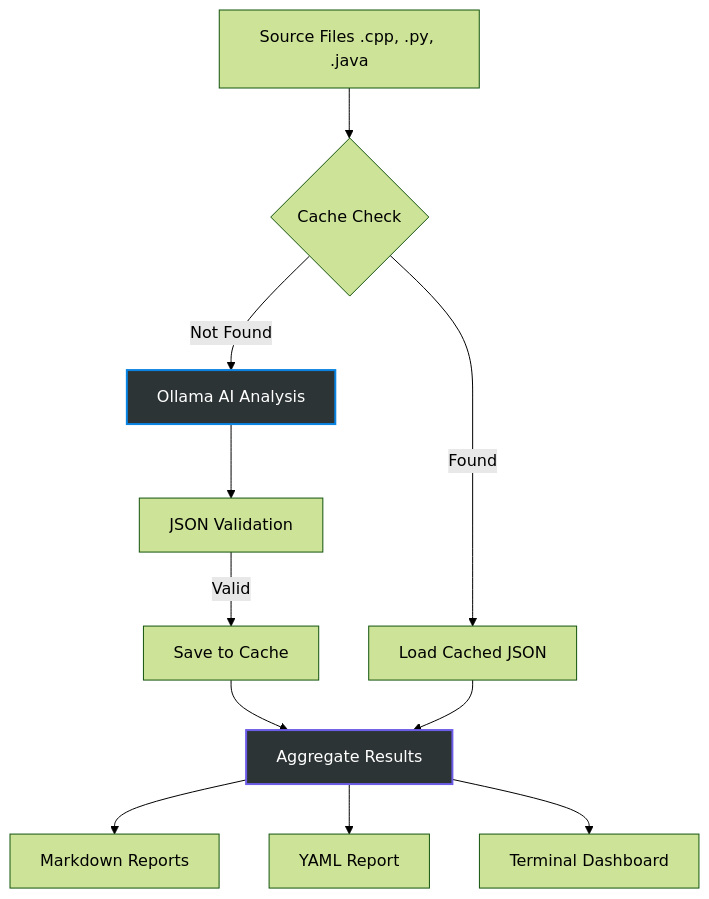
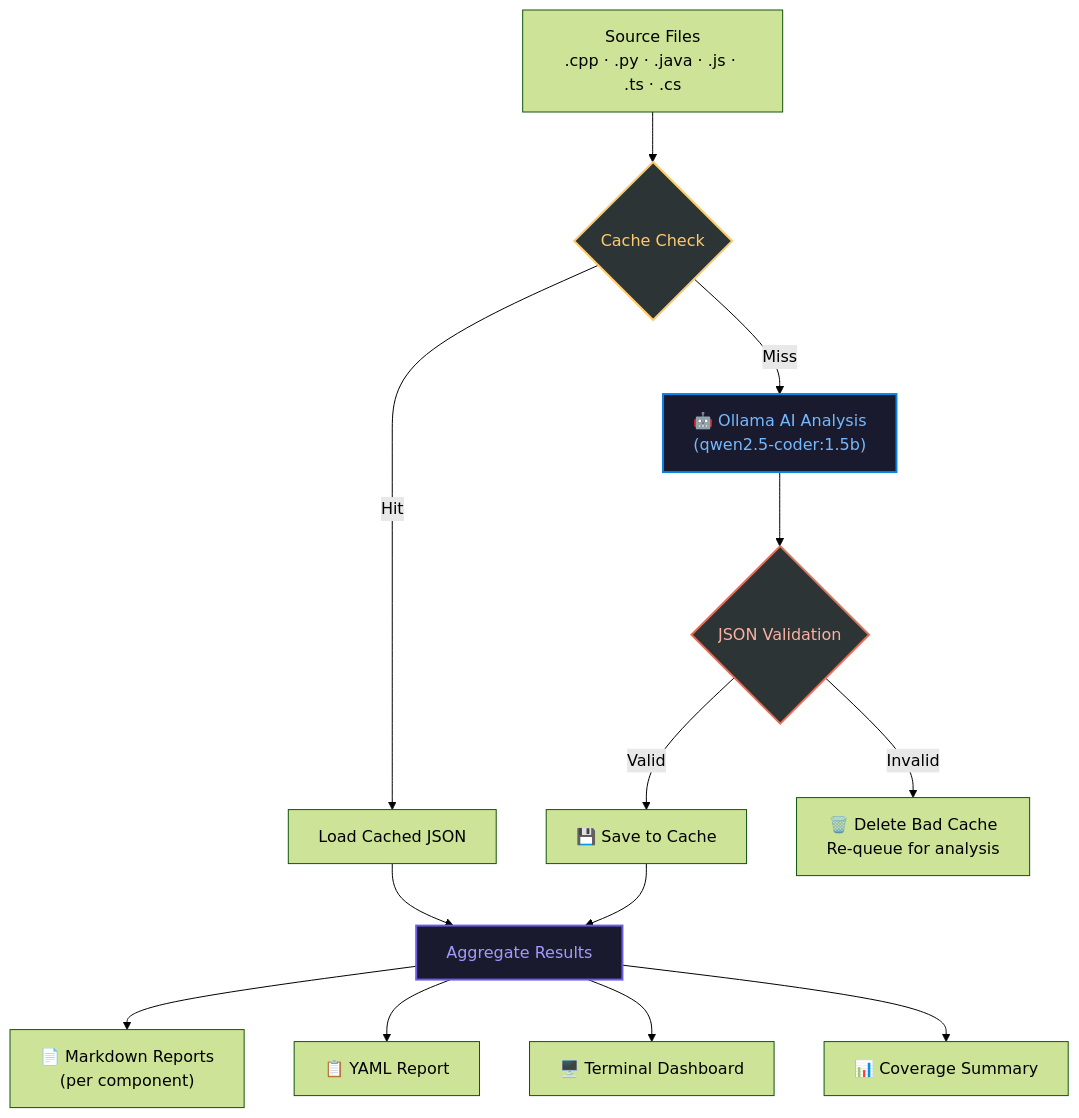
Before and after one commit to mimraj-ai1/GenTest-Engine: the diagram in README.md, drawn with Mermaid (forest theme). The commit also changed other lines of this file, not shown here.

````diff
--- a/README.md
+++ b/README.md
@@ -43,16 +121,20 @@
 ```mermaid
 graph TD
-    A[Source Files .cpp, .py, .java] --> B{Cache Check}
-    B -- Found --> C[Load Cached JSON]
-    B -- Not Found --> D[Ollama AI Analysis]
-    D --> E[JSON Validation]
-    E -- Valid --> F[Save to Cache]
+    A["Source Files<br/>.cpp · .py · .java · .js · .ts · .cs"] --> B{Cache Check}
+    B -- Hit --> C[Load Cached JSON]
+    B -- Miss --> D["🤖 Ollama AI Analysis<br/>(qwen2.5-coder:1.5b)"]
+    D --> E{JSON Validation}
+    E -- Valid --> F["💾 Save to Cache"]
+    E -- Invalid --> X["🗑️ Delete Bad Cache<br/>Re-queue for analysis"]
     F --> G[Aggregate Results]
     C --> G
-    G --> H[Markdown Reports]
-    G --> I[YAML Report]
-    G --> J[Terminal Dashboard]
-    
-    style D fill:#2d3436,stroke:#0984e3,stroke-width:2px,color:#fff
-    style G fill:#2d3436,stroke:#6c5ce7,stroke-width:2px,color:#fff
+    G --> H["📄 Markdown Reports<br/>(per component)"]
+    G --> I["📋 YAML Report"]
+    G --> J["🖥️ Terminal Dashboard"]
+    G --> K["📊 Coverage Summary"]
+
+    style D fill:#1a1a2e,stroke:#0984e3,stroke-width:2px,color:#74b9ff
+    style G fill:#1a1a2e,stroke:#6c5ce7,stroke-width:2px,color:#a29bfe
+    style B fill:#2d3436,stroke:#fdcb6e,stroke-width:2px,color:#fdcb6e
+    style E fill:#2d3436,stroke:#e17055,stroke-width:2px,color:#fab1a0
 ```
````
